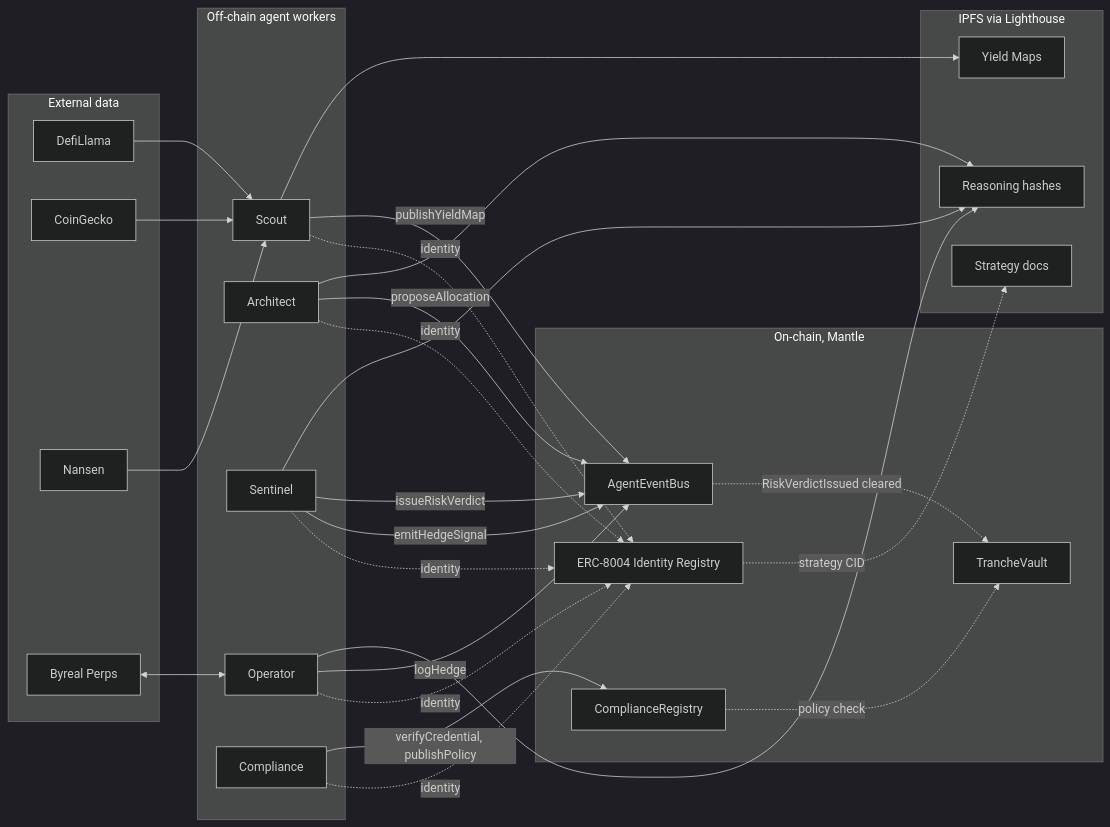
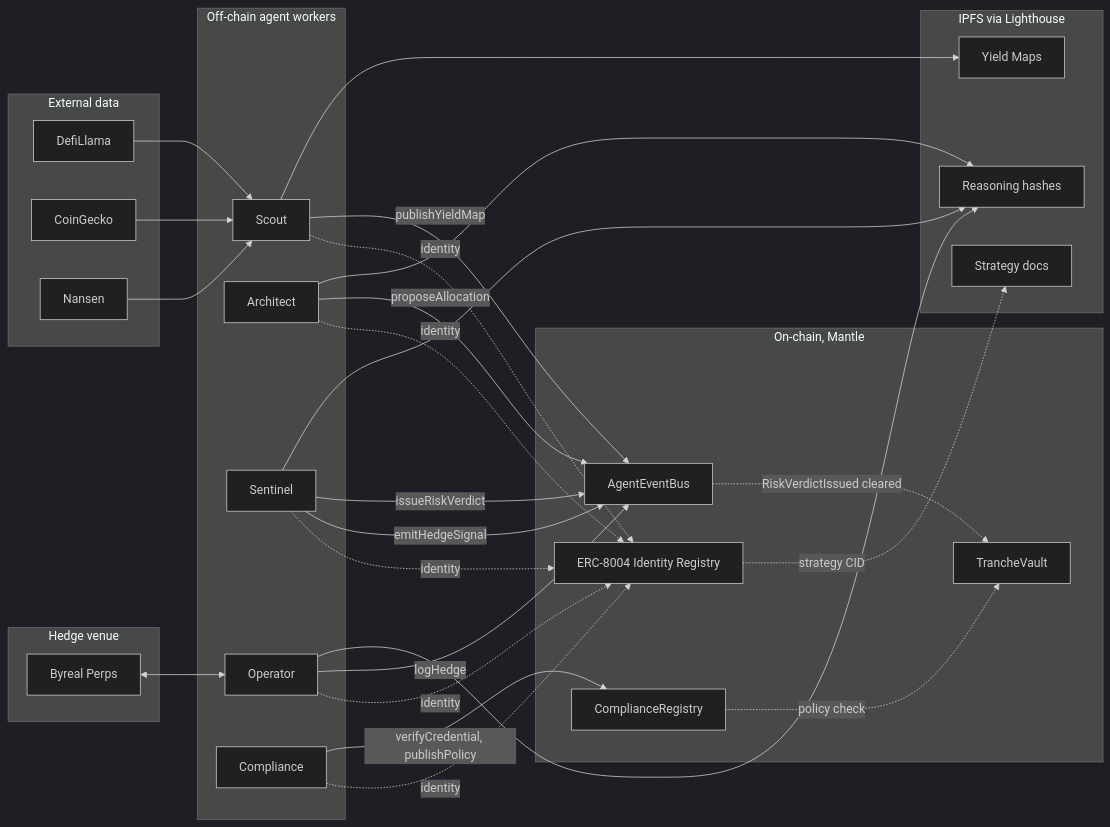
Before and after one commit to prathadox/strata: the second of 7 diagrams in README.md, drawn with Mermaid (dark theme). The commit also changed other lines of this file, not shown here.

````diff
--- a/README.md
+++ b/README.md
@@ -43,58 +62,61 @@
 ```mermaid
 flowchart LR
   subgraph EXTERNAL[External data]
     DL[DefiLlama]
     CG[CoinGecko]
     NA[Nansen]
+  end
+
+  subgraph VENUE[Hedge venue]
     BY[Byreal Perps]
   end
 
   subgraph OFFCHAIN[Off-chain agent workers]
     SC[Scout]
     AR[Architect]
     SE[Sentinel]
     OP[Operator]
     CO[Compliance]
   end
 
   subgraph IPFS[IPFS via Lighthouse]
     YM[Yield Maps]
     SD[Strategy docs]
     RH[Reasoning hashes]
   end
 
   subgraph ONCHAIN[On-chain, Mantle]
     BUS[AgentEventBus]
     ID[ERC-8004 Identity Registry]
     VAULT[TrancheVault]
     CR[ComplianceRegistry]
   end
 
   DL --> SC
   CG --> SC
   NA --> SC
   BY <--> OP
 
   SC --> YM
   AR --> RH
   SE --> RH
   OP --> RH
 
   SC -->|publishYieldMap| BUS
   AR -->|proposeAllocation| BUS
   SE -->|issueRiskVerdict| BUS
   SE -->|emitHedgeSignal| BUS
   OP -->|logHedge| BUS
 
   CO -->|verifyCredential, publishPolicy| CR
 
   BUS -.->|RiskVerdictIssued cleared| VAULT
   CR -.->|policy check| VAULT
 
   ID -.->|strategy CID| SD
   SC -.->|identity| ID
   AR -.->|identity| ID
   SE -.->|identity| ID
   OP -.->|identity| ID
   CO -.->|identity| ID
 ```
````
